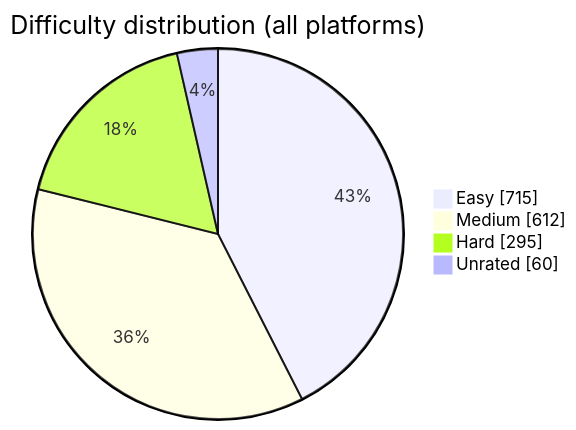
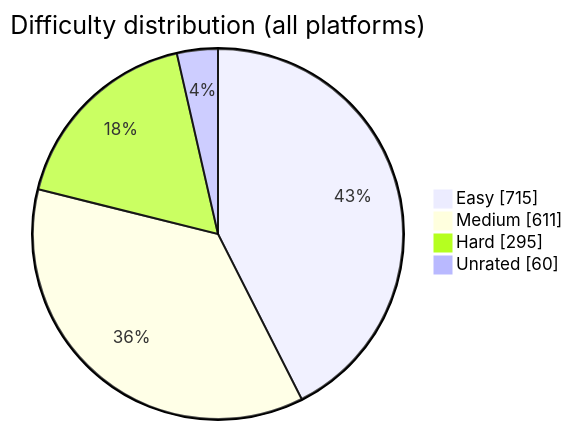
One commit to BuildbyArindam/Daily-Coding-Log changed the diagram in README.md. Above: the diagram before and after it, drawn with Mermaid. The commit also changed other lines of this file, not shown here.

````diff
--- a/README.md
+++ b/README.md
@@ -93,7 +93,7 @@
 ```mermaid
 pie showData title Difficulty distribution (all platforms)
     "Easy" : 715
-    "Medium" : 612
+    "Medium" : 611
     "Hard" : 295
     "Unrated" : 60
 ```
````
